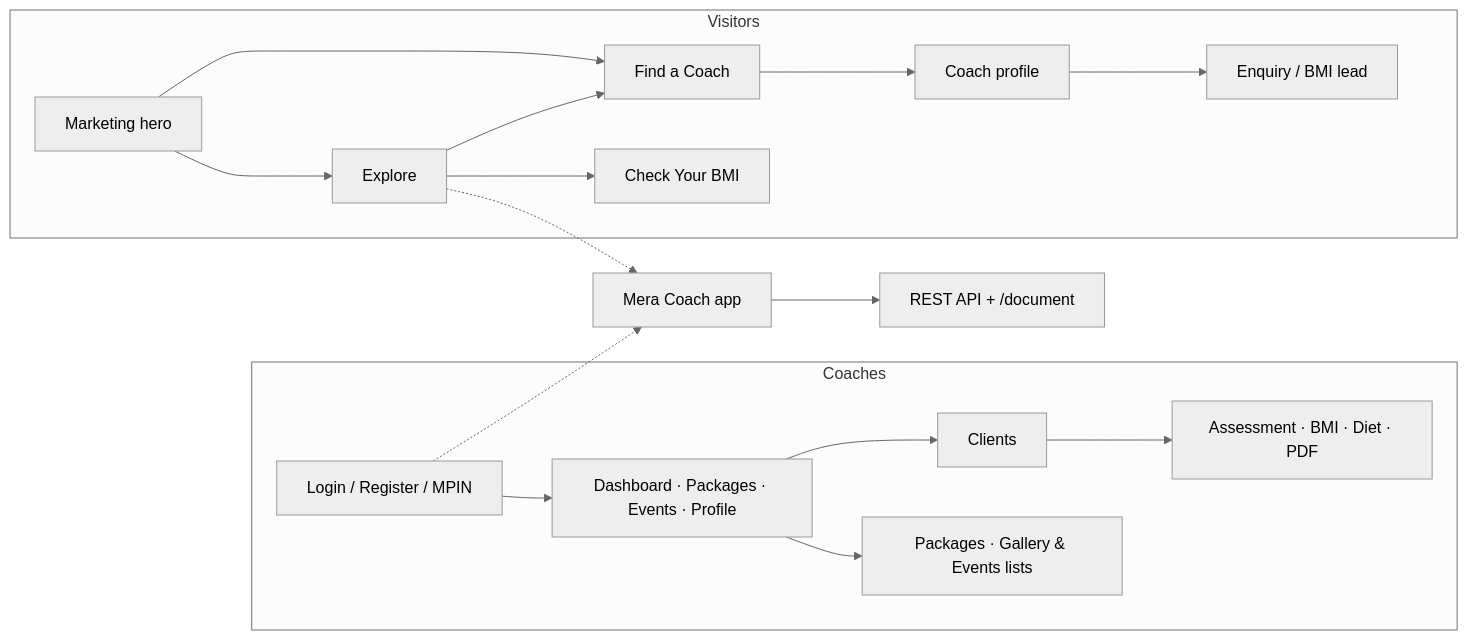
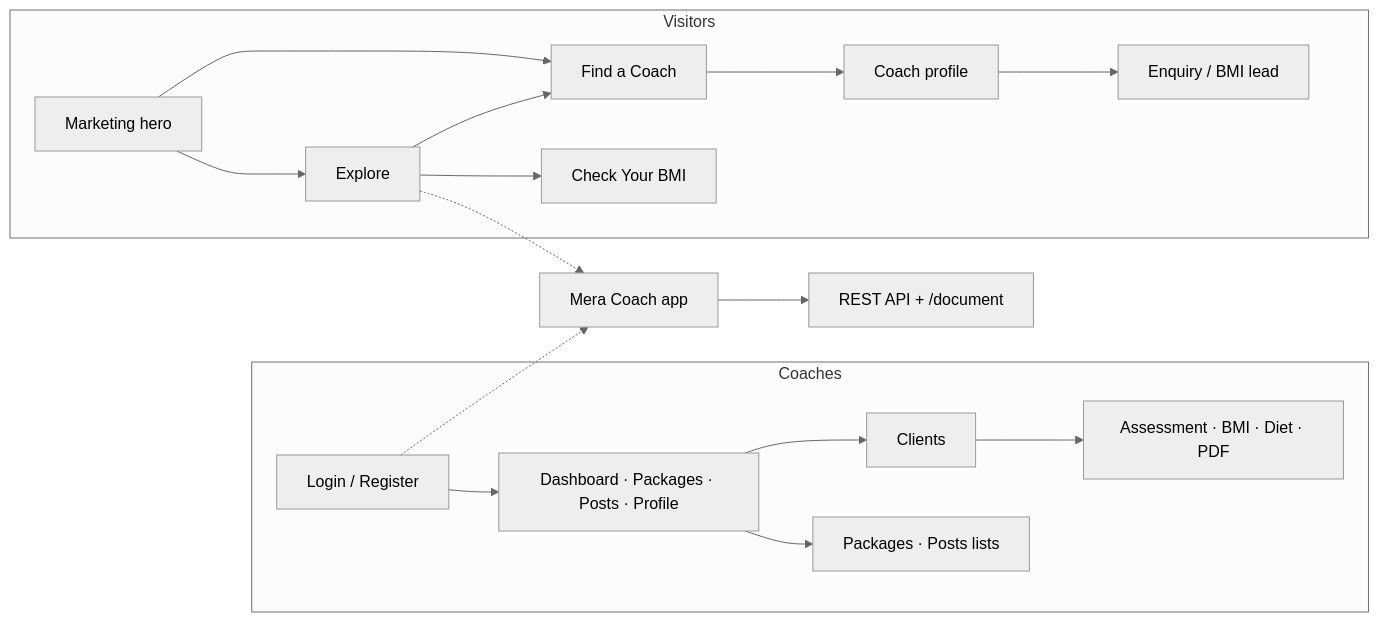
The diagram in README.md (Khushal-ag/mera-coach-mobile), drawn with Mermaid (neutral theme) before and after one commit. The commit also changed other lines of this file and 47 other files, not shown here.

````diff
--- a/README.md
+++ b/README.md
@@ -180,20 +164,20 @@
 ```mermaid
 flowchart LR
   subgraph visitors [Visitors]
     Hero[Marketing hero] --> Explore
     Hero --> FindCoach[Find a Coach]
     Explore --> FindCoach
     Explore --> Bmi[Check Your BMI]
     FindCoach --> PublicPage[Coach profile]
     PublicPage --> Leads[Enquiry / BMI lead]
   end
   subgraph coaches [Coaches]
-    Auth[Login / Register / MPIN] --> Tabs["Dashboard · Packages · Events · Profile"]
+    Auth[Login / Register] --> Tabs["Dashboard · Packages · Posts · Profile"]
     Tabs --> Clients
-    Tabs --> Listing["Packages · Gallery & Events lists"]
+    Tabs --> Listing["Packages · Posts lists"]
     Clients --> Assess[Assessment · BMI · Diet · PDF]
   end
   App[Mera Coach app] --> API["REST API + /document"]
   Explore -.-> App
   Auth -.-> App
 ```
````
